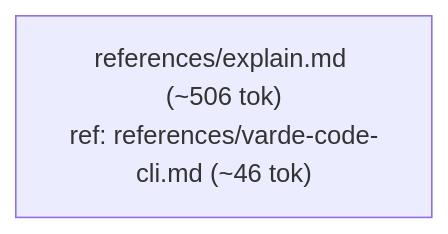
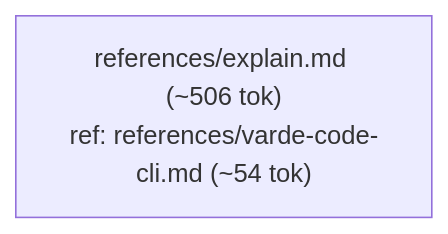
The second of 2 diagrams in skills/varde-explore/FLOW.md (alecegg/varde), drawn with Mermaid before and after one commit. The commit also changed other lines of this file and 1293 other files, not shown here.

````diff
--- a/skills/varde-explore/FLOW.md
+++ b/skills/varde-explore/FLOW.md
@@ -25,4 +25,4 @@
 ```mermaid
 flowchart TD
-  n0["references/explain.md (~506 tok)<br/>ref: references/varde-code-cli.md (~46 tok)"]
+  n0["references/explain.md (~506 tok)<br/>ref: references/varde-code-cli.md (~54 tok)"]
 ```
````
